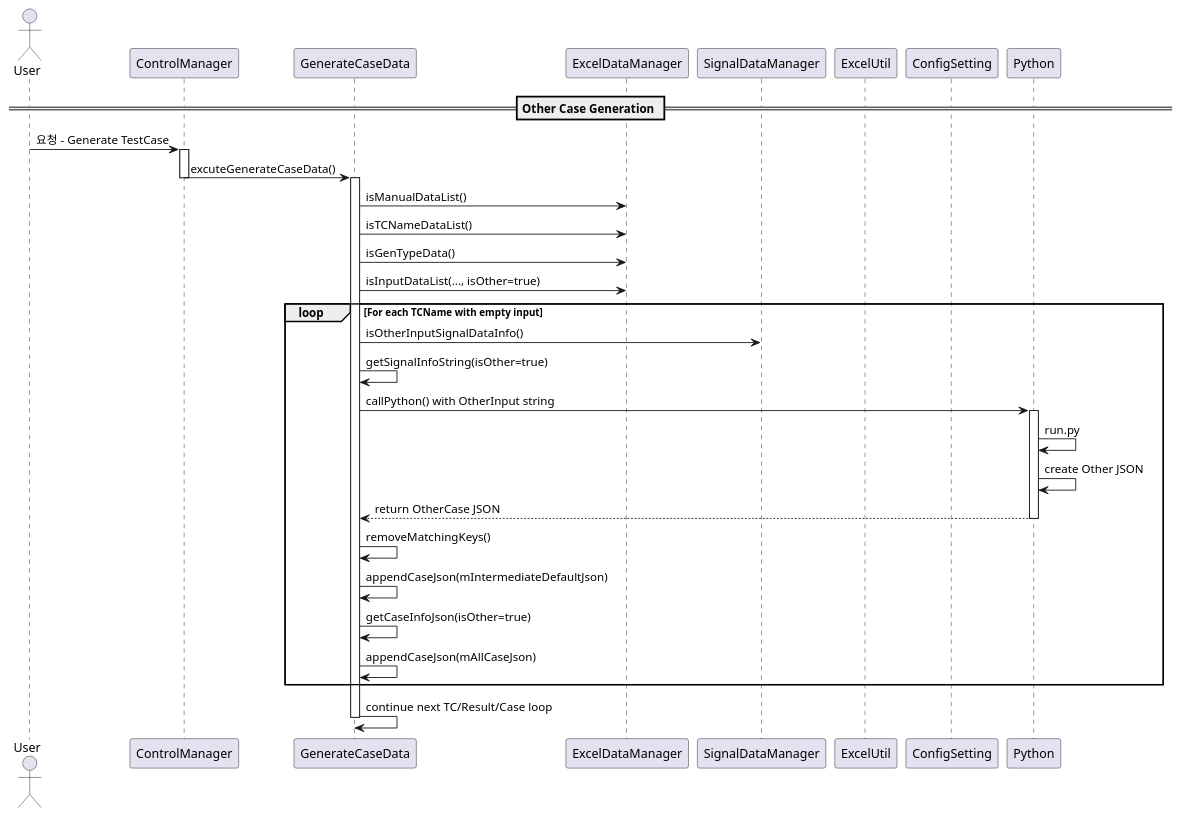
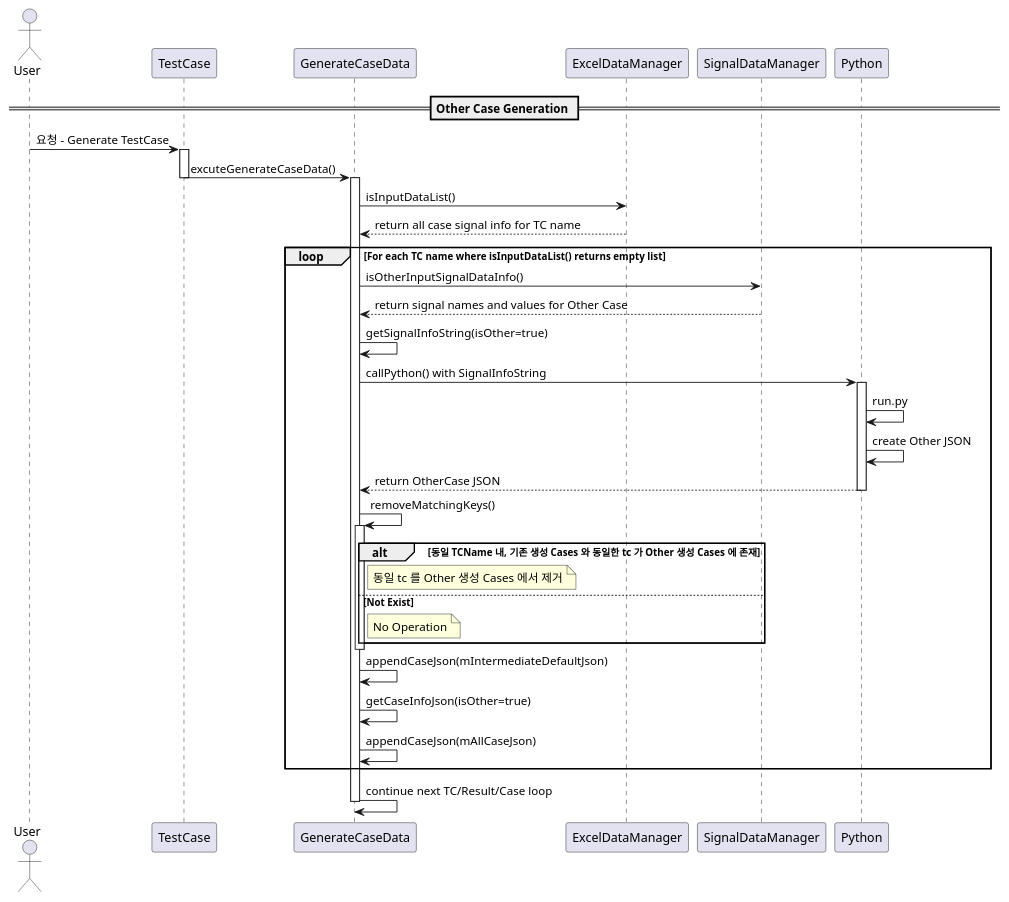
Before and after one commit to rlarudgh1997/Application: the diagram in Diagram/024_GenerateCaseData/SequenceDiagram2_OtherCaseGeneration copy.plantuml, drawn with PlantUML. The commit also changed 13 other files, not shown here.

```diff
--- a/Diagram/024_GenerateCaseData/SequenceDiagram2_OtherCaseGeneration copy.plantuml
+++ b/Diagram/024_GenerateCaseData/SequenceDiagram2_OtherCaseGeneration copy.plantuml
@@ -1,48 +1,55 @@
 @startuml
 
 actor User order 10
 
-participant ControlManager order 20
+participant TestCase order 20
 participant GenerateCaseData order 30
 participant ExcelDataManager order 40
 participant SignalDataManager order 50
-participant ExcelUtil order 60
-participant ConfigSetting order 70
-participant Python order 80
+participant Python order 60
 
 == Other Case Generation ==
 
-User -> ControlManager : 요청 - Generate TestCase
+User -> TestCase : 요청 - Generate TestCase
 
-activate ControlManager
-ControlManager -> GenerateCaseData : excuteGenerateCaseData()
-deactivate ControlManager
+activate TestCase
+TestCase -> GenerateCaseData : excuteGenerateCaseData()
+deactivate TestCase
 
 activate GenerateCaseData
-GenerateCaseData -> ExcelDataManager : isManualDataList()
-GenerateCaseData -> ExcelDataManager : isTCNameDataList()
-GenerateCaseData -> ExcelDataManager : isGenTypeData()
-GenerateCaseData -> ExcelDataManager : isInputDataList(..., isOther=true)
 
-loop For each TCName with empty input
+GenerateCaseData -> ExcelDataManager : isInputDataList()
+ExcelDataManager --> GenerateCaseData : return all case signal info for TC name
+
+loop For each TC name where isInputDataList() returns empty list
     GenerateCaseData -> SignalDataManager : isOtherInputSignalDataInfo()
+    SignalDataManager --> GenerateCaseData : return signal names and values for Other Case
     GenerateCaseData -> GenerateCaseData : getSignalInfoString(isOther=true)
 
-    GenerateCaseData -> Python : callPython() with OtherInput string
+    GenerateCaseData -> Python : callPython() with SignalInfoString
     activate Python
     Python -> Python : run.py
     Python -> Python : create Other JSON
     Python --> GenerateCaseData : return OtherCase JSON
     deactivate Python
 
     GenerateCaseData -> GenerateCaseData : removeMatchingKeys()
+    activate GenerateCaseData
+    alt 동일 TCName 내, 기존 생성 Cases 와 동일한 tc 가 Other 생성 Cases 에 존재
+        note right of GenerateCaseData
+            동일 tc 를 Other 생성 Cases 에서 제거
+        end note
+    else Not Exist
+        note right of GenerateCaseData : No Operation
+    end
+    deactivate GenerateCaseData
     GenerateCaseData -> GenerateCaseData : appendCaseJson(mIntermediateDefaultJson)
     GenerateCaseData -> GenerateCaseData : getCaseInfoJson(isOther=true)
     GenerateCaseData -> GenerateCaseData : appendCaseJson(mAllCaseJson)
 end
 
 GenerateCaseData -> GenerateCaseData : continue next TC/Result/Case loop
 
 deactivate GenerateCaseData
 
 @enduml
```
